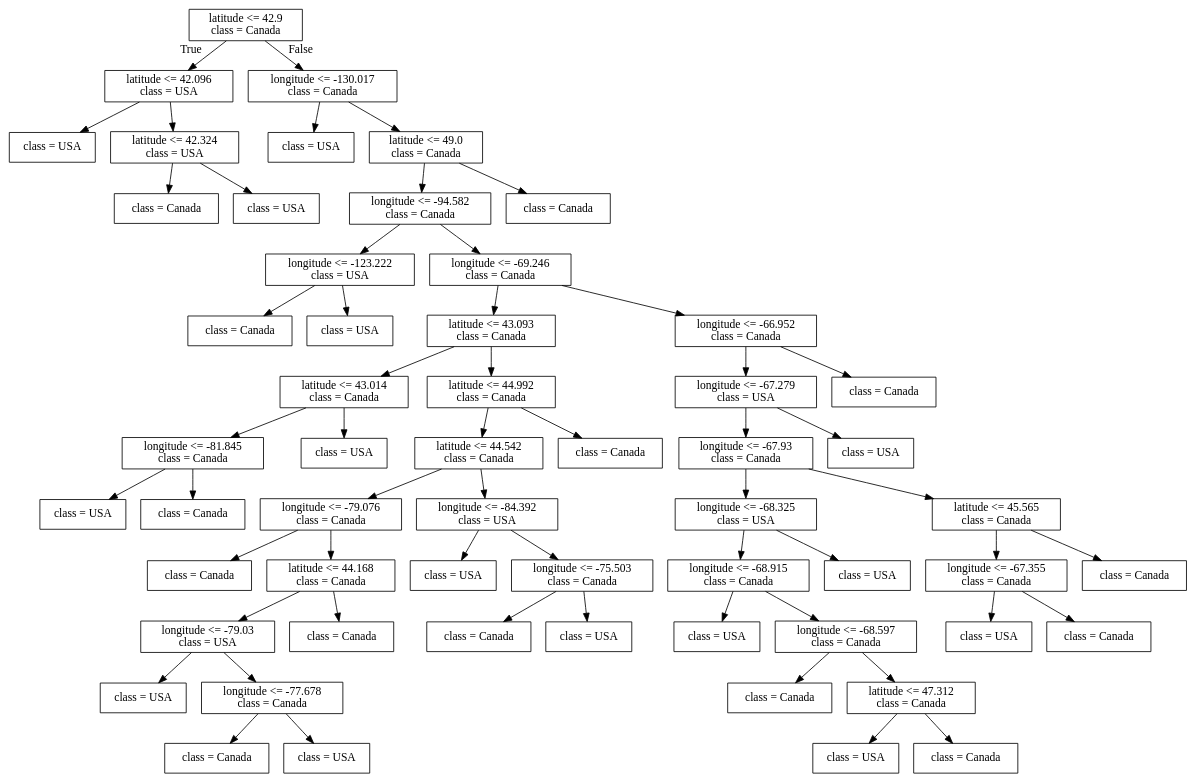
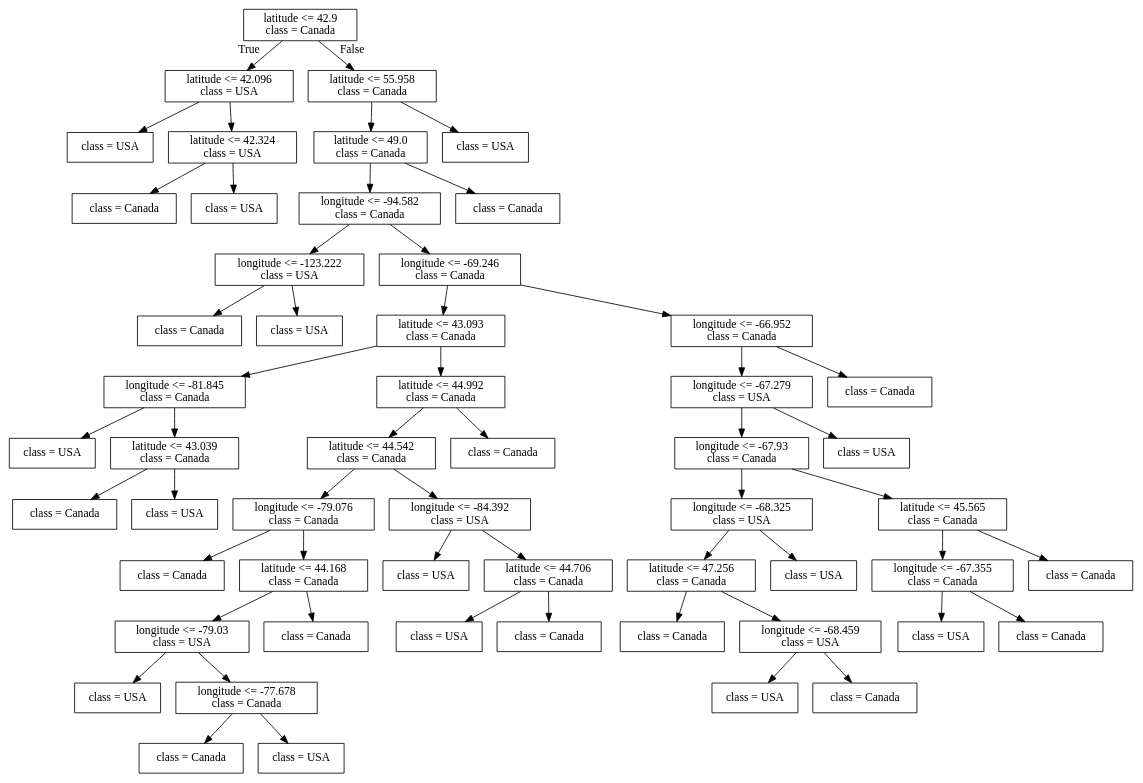
The diagram in lectures/Source.gv (bait509-ubc/BAIT509), drawn with Graphviz before and after one commit. The commit also changed 81 other files, not shown here.

```diff
--- a/lectures/Source.gv
+++ b/lectures/Source.gv
@@ -1,116 +1,112 @@
 digraph Tree {
 node [shape=box] ;
 0 [label="latitude <= 42.9\nclass = Canada"] ;
 1 [label="latitude <= 42.096\nclass = USA"] ;
 0 -> 1 [labeldistance=2.5, labelangle=45, headlabel="True"] ;
 2 [label="class = USA"] ;
 1 -> 2 ;
 3 [label="latitude <= 42.324\nclass = USA"] ;
 1 -> 3 ;
 4 [label="class = Canada"] ;
 3 -> 4 ;
 5 [label="class = USA"] ;
 3 -> 5 ;
-6 [label="longitude <= -130.017\nclass = Canada"] ;
+6 [label="latitude <= 55.958\nclass = Canada"] ;
 0 -> 6 [labeldistance=2.5, labelangle=-45, headlabel="False"] ;
-7 [label="class = USA"] ;
+7 [label="latitude <= 49.0\nclass = Canada"] ;
 6 -> 7 ;
-8 [label="latitude <= 49.0\nclass = Canada"] ;
-6 -> 8 ;
-9 [label="longitude <= -94.582\nclass = Canada"] ;
+8 [label="longitude <= -94.582\nclass = Canada"] ;
+7 -> 8 ;
+9 [label="longitude <= -123.222\nclass = USA"] ;
 8 -> 9 ;
-10 [label="longitude <= -123.222\nclass = USA"] ;
+10 [label="class = Canada"] ;
 9 -> 10 ;
-11 [label="class = Canada"] ;
-10 -> 11 ;
-12 [label="class = USA"] ;
-10 -> 12 ;
-13 [label="longitude <= -69.246\nclass = Canada"] ;
-9 -> 13 ;
-14 [label="latitude <= 43.093\nclass = Canada"] ;
+11 [label="class = USA"] ;
+9 -> 11 ;
+12 [label="longitude <= -69.246\nclass = Canada"] ;
+8 -> 12 ;
+13 [label="latitude <= 43.093\nclass = Canada"] ;
+12 -> 13 ;
+14 [label="longitude <= -81.845\nclass = Canada"] ;
 13 -> 14 ;
-15 [label="latitude <= 43.014\nclass = Canada"] ;
+15 [label="class = USA"] ;
 14 -> 15 ;
-16 [label="longitude <= -81.845\nclass = Canada"] ;
-15 -> 16 ;
-17 [label="class = USA"] ;
+16 [label="latitude <= 43.039\nclass = Canada"] ;
+14 -> 16 ;
+17 [label="class = Canada"] ;
 16 -> 17 ;
-18 [label="class = Canada"] ;
+18 [label="class = USA"] ;
 16 -> 18 ;
-19 [label="class = USA"] ;
-15 -> 19 ;
-20 [label="latitude <= 44.992\nclass = Canada"] ;
-14 -> 20 ;
-21 [label="latitude <= 44.542\nclass = Canada"] ;
+19 [label="latitude <= 44.992\nclass = Canada"] ;
+13 -> 19 ;
+20 [label="latitude <= 44.542\nclass = Canada"] ;
+19 -> 20 ;
+21 [label="longitude <= -79.076\nclass = Canada"] ;
 20 -> 21 ;
-22 [label="longitude <= -79.076\nclass = Canada"] ;
+22 [label="class = Canada"] ;
 21 -> 22 ;
-23 [label="class = Canada"] ;
-22 -> 23 ;
-24 [label="latitude <= 44.168\nclass = Canada"] ;
-22 -> 24 ;
-25 [label="longitude <= -79.03\nclass = USA"] ;
+23 [label="latitude <= 44.168\nclass = Canada"] ;
+21 -> 23 ;
+24 [label="longitude <= -79.03\nclass = USA"] ;
+23 -> 24 ;
+25 [label="class = USA"] ;
 24 -> 25 ;
-26 [label="class = USA"] ;
-25 -> 26 ;
-27 [label="longitude <= -77.678\nclass = Canada"] ;
-25 -> 27 ;
-28 [label="class = Canada"] ;
-27 -> 28 ;
-29 [label="class = USA"] ;
-27 -> 29 ;
-30 [label="class = Canada"] ;
-24 -> 30 ;
-31 [label="longitude <= -84.392\nclass = USA"] ;
-21 -> 31 ;
-32 [label="class = USA"] ;
-31 -> 32 ;
-33 [label="longitude <= -75.503\nclass = Canada"] ;
-31 -> 33 ;
+26 [label="longitude <= -77.678\nclass = Canada"] ;
+24 -> 26 ;
+27 [label="class = Canada"] ;
+26 -> 27 ;
+28 [label="class = USA"] ;
+26 -> 28 ;
+29 [label="class = Canada"] ;
+23 -> 29 ;
+30 [label="longitude <= -84.392\nclass = USA"] ;
+20 -> 30 ;
+31 [label="class = USA"] ;
+30 -> 31 ;
+32 [label="latitude <= 44.706\nclass = Canada"] ;
+30 -> 32 ;
+33 [label="class = USA"] ;
+32 -> 33 ;
 34 [label="class = Canada"] ;
-33 -> 34 ;
-35 [label="class = USA"] ;
-33 -> 35 ;
-36 [label="class = Canada"] ;
-20 -> 36 ;
-37 [label="longitude <= -66.952\nclass = Canada"] ;
-13 -> 37 ;
-38 [label="longitude <= -67.279\nclass = USA"] ;
+32 -> 34 ;
+35 [label="class = Canada"] ;
+19 -> 35 ;
+36 [label="longitude <= -66.952\nclass = Canada"] ;
+12 -> 36 ;
+37 [label="longitude <= -67.279\nclass = USA"] ;
+36 -> 37 ;
+38 [label="longitude <= -67.93\nclass = Canada"] ;
 37 -> 38 ;
-39 [label="longitude <= -67.93\nclass = Canada"] ;
+39 [label="longitude <= -68.325\nclass = USA"] ;
 38 -> 39 ;
-40 [label="longitude <= -68.325\nclass = USA"] ;
+40 [label="latitude <= 47.256\nclass = Canada"] ;
 39 -> 40 ;
-41 [label="longitude <= -68.915\nclass = Canada"] ;
+41 [label="class = Canada"] ;
 40 -> 41 ;
-42 [label="class = USA"] ;
-41 -> 42 ;
-43 [label="longitude <= -68.597\nclass = Canada"] ;
-41 -> 43 ;
+42 [label="longitude <= -68.459\nclass = USA"] ;
+40 -> 42 ;
+43 [label="class = USA"] ;
+42 -> 43 ;
 44 [label="class = Canada"] ;
-43 -> 44 ;
-45 [label="latitude <= 47.312\nclass = Canada"] ;
-43 -> 45 ;
-46 [label="class = USA"] ;
-45 -> 46 ;
-47 [label="class = Canada"] ;
-45 -> 47 ;
+42 -> 44 ;
+45 [label="class = USA"] ;
+39 -> 45 ;
+46 [label="latitude <= 45.565\nclass = Canada"] ;
+38 -> 46 ;
+47 [label="longitude <= -67.355\nclass = Canada"] ;
+46 -> 47 ;
 48 [label="class = USA"] ;
-40 -> 48 ;
-49 [label="latitude <= 45.565\nclass = Canada"] ;
-39 -> 49 ;
-50 [label="longitude <= -67.355\nclass = Canada"] ;
-49 -> 50 ;
+47 -> 48 ;
+49 [label="class = Canada"] ;
+47 -> 49 ;
+50 [label="class = Canada"] ;
+46 -> 50 ;
 51 [label="class = USA"] ;
-50 -> 51 ;
+37 -> 51 ;
 52 [label="class = Canada"] ;
-50 -> 52 ;
+36 -> 52 ;
 53 [label="class = Canada"] ;
-49 -> 53 ;
+7 -> 53 ;
 54 [label="class = USA"] ;
-38 -> 54 ;
-55 [label="class = Canada"] ;
-37 -> 55 ;
-56 [label="class = Canada"] ;
-8 -> 56 ;
+6 -> 54 ;
 }
```
